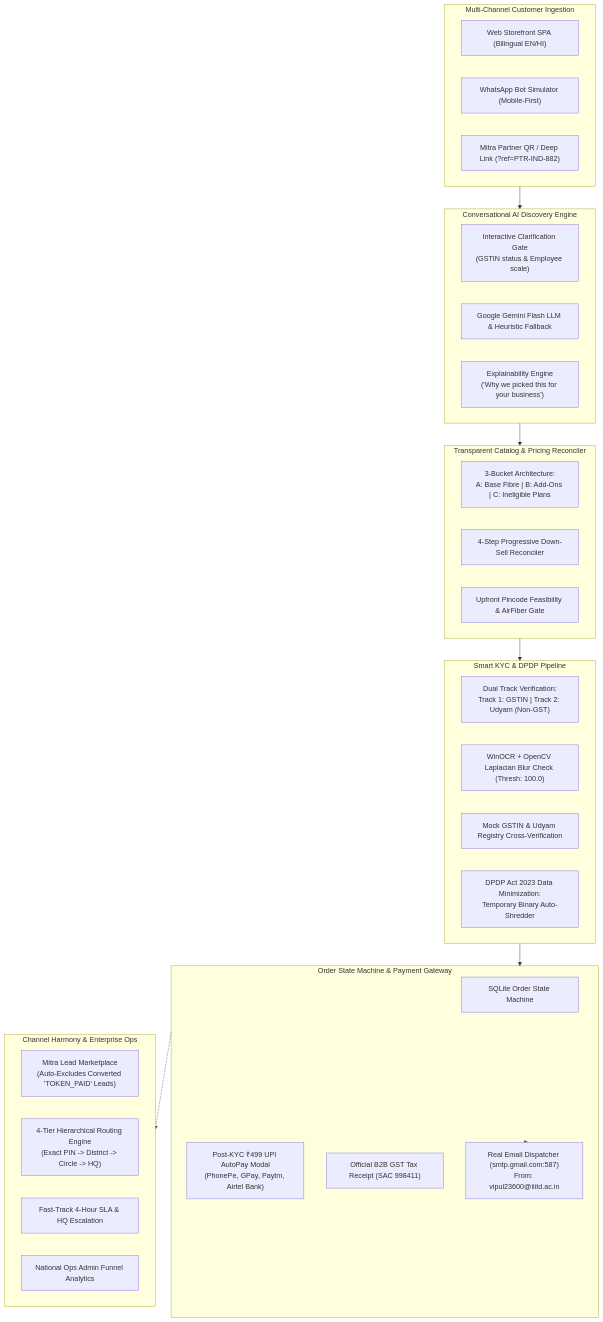
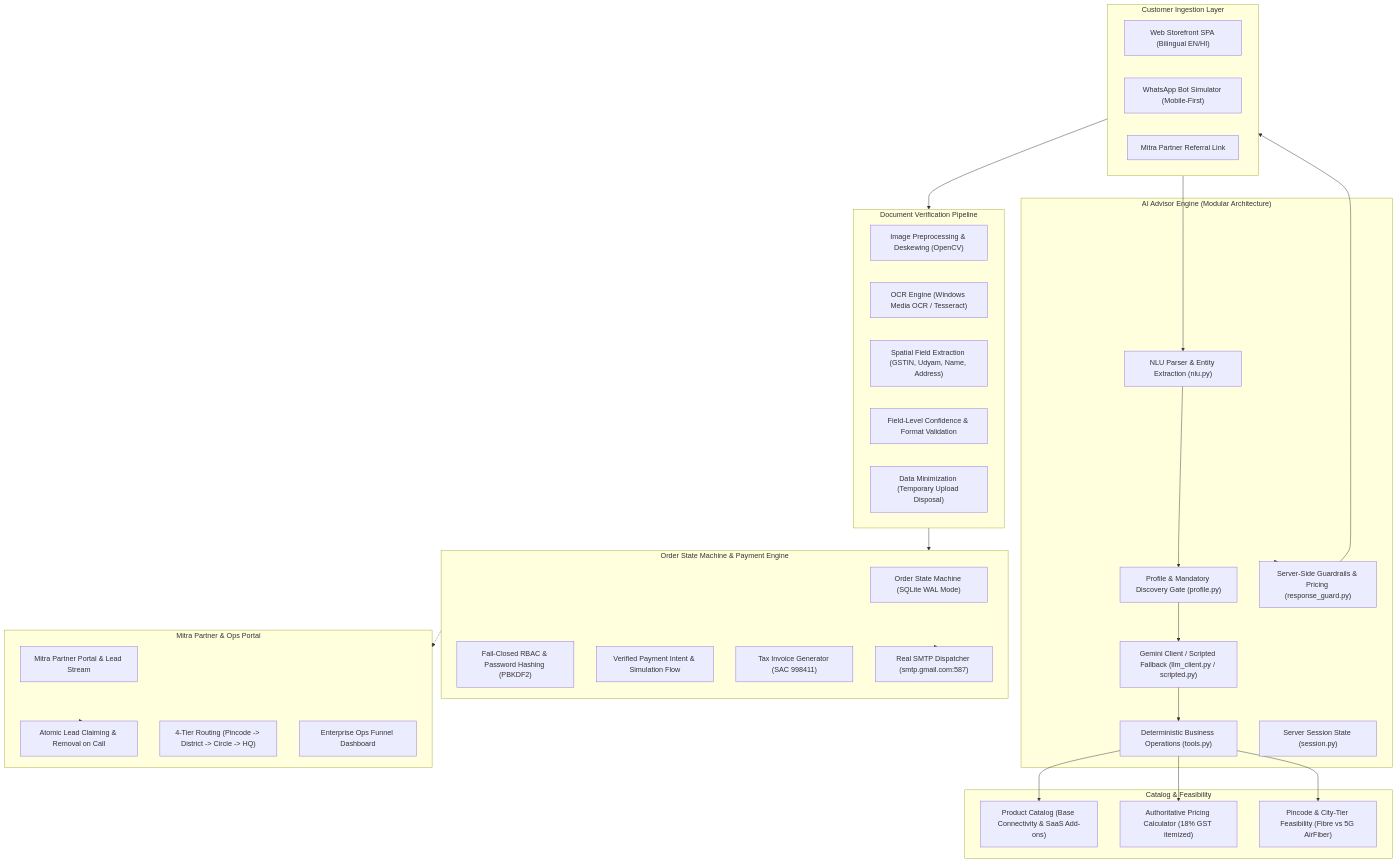
One commit to vipulMadan31/Airtel-Hackathon changed the diagram in README.md. Above: the diagram before and after it, drawn with Mermaid. The commit also changed other lines of this file, not shown here.

Commit message:
docs: ground README as a working prototype with architecture details and gap analysis

````diff
--- a/README.md
+++ b/README.md
@@ -21,48 +26,61 @@
 ```mermaid
 flowchart TD
-    subgraph MultiChannel["Multi-Channel Customer Ingestion"]
+    subgraph MultiChannel["Customer Ingestion Layer"]
         WebStore["Web Storefront SPA (Bilingual EN/HI)"]
         WhatsApp["WhatsApp Bot Simulator (Mobile-First)"]
-        MitraReferral["Mitra Partner QR / Deep Link (?ref=PTR-IND-882)"]
+        MitraReferral["Mitra Partner Referral Link"]
     end
 
-    subgraph DiscoveryEngine["Conversational AI Discovery Engine"]
-        Clarification["Interactive Clarification Gate<br/>(GSTIN status & Employee scale)"]
-        GeminiAdapter["Google Gemini Flash LLM & Heuristic Fallback"]
-        PersonaPicks["Explainability Engine<br/>('Why we picked this for your business')"]
+    subgraph AIAdvisor["AI Advisor Engine (Modular Architecture)"]
+        NLU["NLU Parser & Entity Extraction (nlu.py)"]
+        ProfileEngine["Profile & Mandatory Discovery Gate (profile.py)"]
+        LLMClient["Gemini Client / Scripted Fallback (llm_client.py / scripted.py)"]
+        Tools["Deterministic Business Operations (tools.py)"]
+        ResponseGuard["Server-Side Guardrails & Pricing (response_guard.py)"]
+        SessionStore["Server Session State (session.py)"]
     end
 
-    subgraph CatalogPricing["Transparent Catalog & Pricing Reconciler"]
-        ThreeBucket["3-Bucket Architecture:<br/>A: Base Fibre | B: Add-Ons | C: Ineligible Plans"]
-        DownSell["4-Step Progressive Down-Sell Reconciler"]
-        Feasibility["Upfront Pincode Feasibility & AirFiber Gate"]
+    subgraph CatalogEngine["Catalog & Feasibility"]
+        Catalog["Product Catalog (Base Connectivity & SaaS Add-ons)"]
+        Pricing["Authoritative Pricing Calculator (18% GST itemized)"]
+        Feasibility["Pincode & City-Tier Feasibility (Fibre vs 5G AirFiber)"]
     end
 
-    subgraph SmartKYC["Smart KYC & DPDP Pipeline"]
-        DualTrack["Dual Track Verification:<br/>Track 1: GSTIN | Track 2: Udyam (Non-GST)"]
-        OCR["WinOCR + OpenCV Laplacian Blur Check (Thresh: 100.0)"]
-        RegistryCheck["Mock GSTIN & Udyam Registry Cross-Verification"]
-        DPDPShredder["DPDP Act 2023 Data Minimization:<br/>Temporary Binary Auto-Shredder"]
+    subgraph SmartKYC["Document Verification Pipeline"]
+        Preprocessing["Image Preprocessing & Deskewing (OpenCV)"]
+        DualOCR["OCR Engine (Windows Media OCR / Tesseract)"]
+        FieldExtractor["Spatial Field Extraction (GSTIN, Udyam, Name, Address)"]
+        ConfidenceCheck["Field-Level Confidence & Format Validation"]
+        DPDPMinimization["Data Minimization (Temporary Upload Disposal)"]
     end
 
-    subgraph OrderFulfillment["Order State Machine & Payment Gateway"]
-        OrderSM["SQLite Order State Machine"]
-        UPIPay["Post-KYC ₹499 UPI AutoPay Modal<br/>(PhonePe, GPay, Paytm, Airtel Bank)"]
-        ReceiptEngine["Official B2B GST Tax Receipt (SAC 998411)"]
-        LiveSMTP["Real Email Dispatcher (smtp.gmail.com:587)<br/>From: vipul23600@iiitd.ac.in"]
+    subgraph OrderCore["Order State Machine & Payment Engine"]
+        OrderDB["Order State Machine (SQLite WAL Mode)"]
+        AuthRBAC["Fail-Closed RBAC & Password Hashing (PBKDF2)"]
+        PaymentIntent["Verified Payment Intent & Simulation Flow"]
+        ReceiptEngine["Tax Invoice Generator (SAC 998411)"]
+        SMTPDispatch["Real SMTP Dispatcher (smtp.gmail.com:587)"]
     end
 
-    subgraph ChannelOps["Channel Harmony & Enterprise Ops"]
-        MitraMarketplace["Mitra Lead Marketplace<br/>(Auto-Excludes Converted 'TOKEN_PAID' Leads)"]
-        HierarchicalRouting["4-Tier Hierarchical Routing Engine<br/>(Exact PIN -> District -> Circle -> HQ)"]
-        SLAEngine["Fast-Track 4-Hour SLA & HQ Escalation"]
-        AdminDashboard["National Ops Admin Funnel Analytics"]
+    subgraph ChannelOps["Mitra Partner & Ops Portal"]
+        MitraPortal["Mitra Partner Portal & Lead Stream"]
+        AtomicClaim["Atomic Lead Claiming & Removal on Call"]
+        HierarchicalRouting["4-Tier Routing (Pincode -> District -> Circle -> HQ)"]
+        AdminDashboard["Enterprise Ops Funnel Dashboard"]
     end
 
-    MultiChannel --> DiscoveryEngine
-    DiscoveryEngine --> CatalogPricing
-    CatalogPricing --> SmartKYC
-    SmartKYC --> OrderFulfillment
-    OrderFulfillment --> LiveSMTP
-    OrderFulfillment -.-> ChannelOps
+    MultiChannel --> NLU
+    NLU --> ProfileEngine
+    ProfileEngine --> LLMClient
+    LLMClient --> Tools
+    Tools --> Catalog
+    Tools --> Pricing
+    Tools --> Feasibility
+    AIAdvisor --> ResponseGuard
+    ResponseGuard --> MultiChannel
+    MultiChannel --> SmartKYC
+    SmartKYC --> OrderCore
+    OrderCore --> SMTPDispatch
+    OrderCore -.-> ChannelOps
+    ChannelOps --> AtomicClaim
 ```
````
